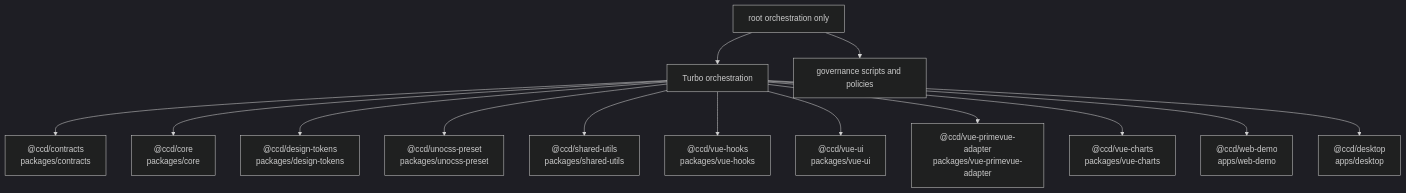
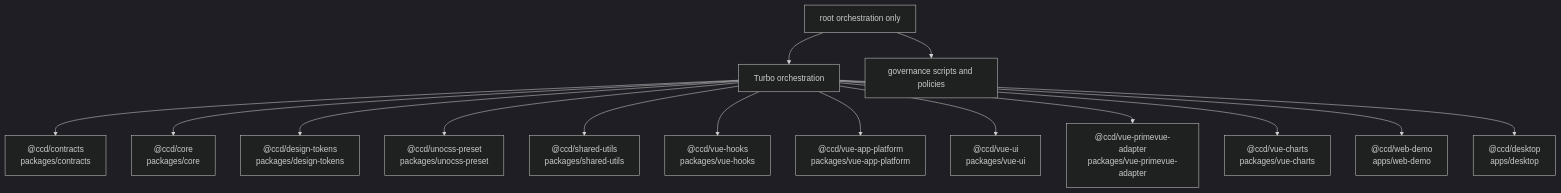
The diagram in docs/generated/graphs/workspace-graph.mmd (ichichuang/ccd), drawn with Mermaid (dark theme) before and after one commit. The commit also changed 28 other files, not shown here.

```diff
--- a/docs/generated/graphs/workspace-graph.mmd
+++ b/docs/generated/graphs/workspace-graph.mmd
@@ -1,14 +1,15 @@
 graph TD
   Root["root orchestration only"] --> Turbo["Turbo orchestration"]
   Root --> Governance["governance scripts and policies"]
   Turbo --> ccd_contracts["@ccd/contracts<br/>packages/contracts"]
   Turbo --> ccd_core["@ccd/core<br/>packages/core"]
   Turbo --> ccd_design_tokens["@ccd/design-tokens<br/>packages/design-tokens"]
   Turbo --> ccd_unocss_preset["@ccd/unocss-preset<br/>packages/unocss-preset"]
   Turbo --> ccd_shared_utils["@ccd/shared-utils<br/>packages/shared-utils"]
   Turbo --> ccd_vue_hooks["@ccd/vue-hooks<br/>packages/vue-hooks"]
+  Turbo --> ccd_vue_app_platform["@ccd/vue-app-platform<br/>packages/vue-app-platform"]
   Turbo --> ccd_vue_ui["@ccd/vue-ui<br/>packages/vue-ui"]
   Turbo --> ccd_vue_primevue_adapter["@ccd/vue-primevue-adapter<br/>packages/vue-primevue-adapter"]
   Turbo --> ccd_vue_charts["@ccd/vue-charts<br/>packages/vue-charts"]
   Turbo --> ccd_web_demo["@ccd/web-demo<br/>apps/web-demo"]
   Turbo --> ccd_desktop["@ccd/desktop<br/>apps/desktop"]
```
